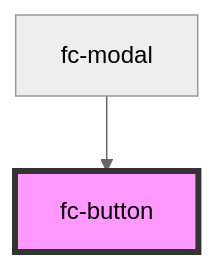
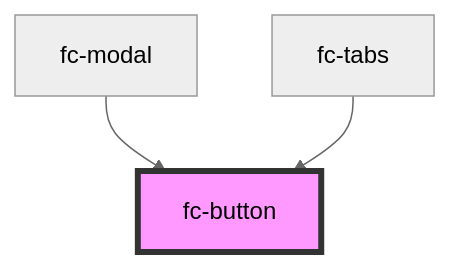
The diagram in packages/frag-components/src/components/fc-button/readme.md (kemalk89/frag-components), drawn with Mermaid (neutral theme) before and after one commit. The commit also changed other lines of this file and 8 other files, not shown here.

````diff
--- a/packages/frag-components/src/components/fc-button/readme.md
+++ b/packages/frag-components/src/components/fc-button/readme.md
@@ -22,5 +23,6 @@
 ```mermaid
 graph TD;
   fc-modal --> fc-button
+  fc-tabs --> fc-button
   style fc-button fill:#f9f,stroke:#333,stroke-width:4px
 ```
````
